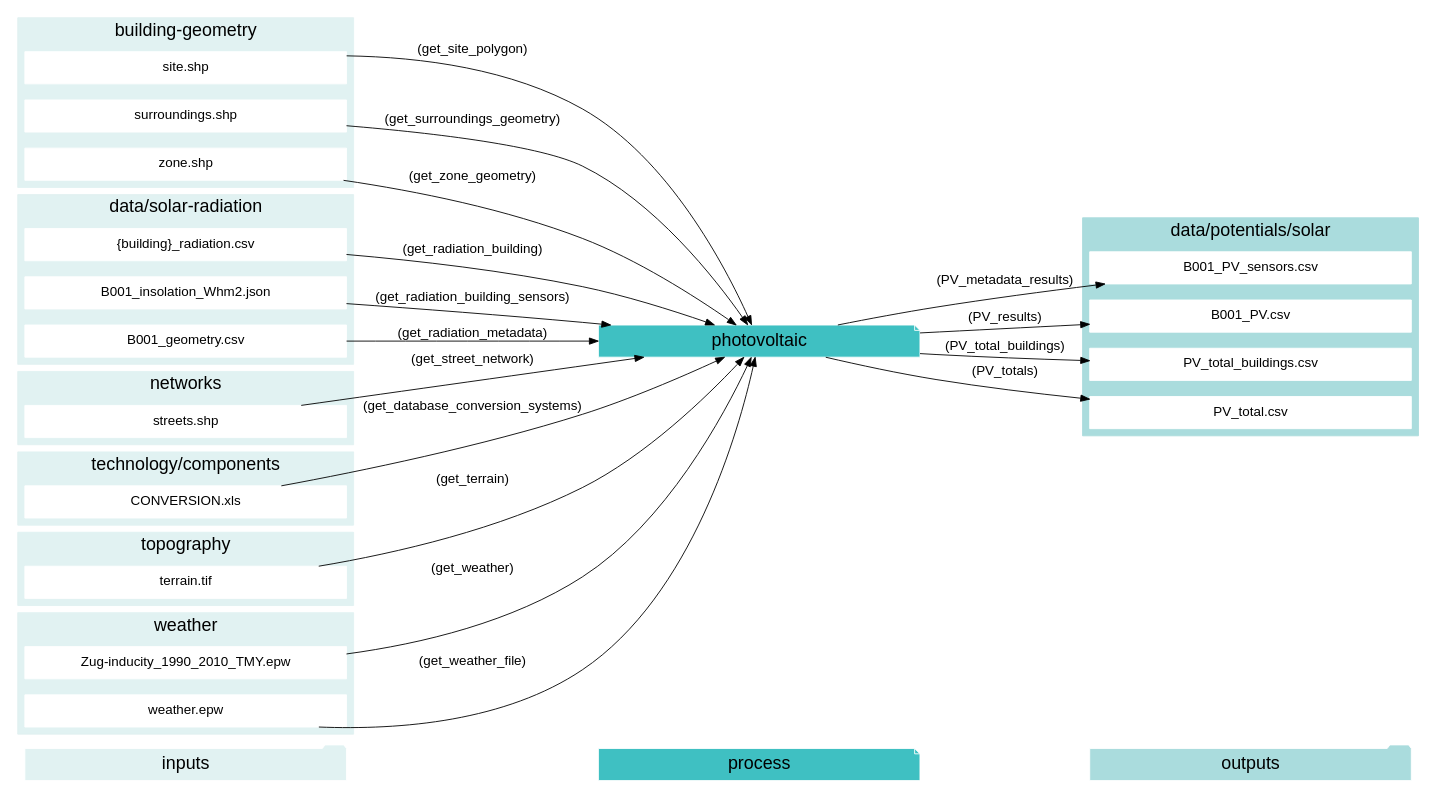
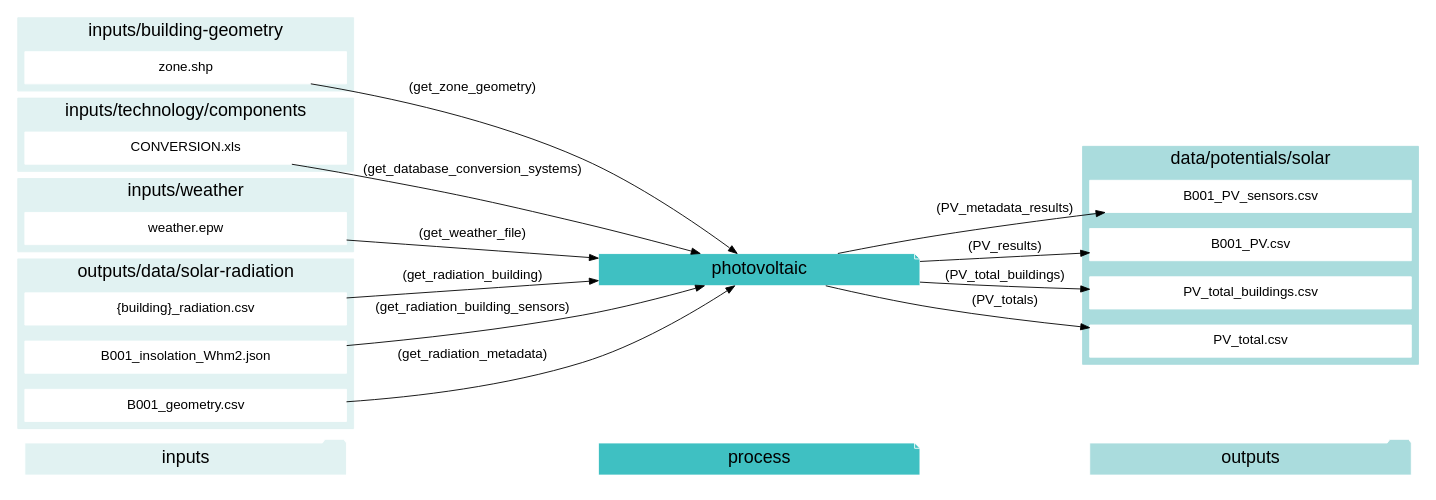
The second of 23 diagrams in docs/script-data-flow.rst (architecture-building-systems/CityEnergyAnalyst), drawn with Graphviz before and after one commit. The commit also changed other lines of this file and 25 other files, not shown here.

Commit message:
cleaning up cea-doc graphviz

```diff
--- a/docs/script-data-flow.rst
+++ b/docs/script-data-flow.rst
@@ -93,6 +53,6 @@
 .. graphviz::
 
-    digraph trace_inputlocator {
+    digraph photovoltaic {
     rankdir="LR";
     graph [overlap=false, fontname=arial];
     node [shape=box, style=filled, color=white, fontsize=15, fontname=arial, fixedsize=true, width=5];
@@ -108,17 +68,7 @@
     "process"->"outputs"[style=invis]
     }
     "photovoltaic"[style=filled, color=white, fillcolor="#3FC0C2", shape=note, fontsize=20, fontname=arial];
-    subgraph cluster_0_in {
-        style = filled;
-        color = "#E1F2F2";
-        fontsize = 20;
-        rank=same;
-        label="building-geometry";
-        "site.shp"
-        "surroundings.shp"
-        "zone.shp"
-    }
-    subgraph cluster_1_out {
+    subgraph cluster_0_out {
         style = filled;
         color = "#aadcdd";
         fontsize = 20;
@@ -129,58 +79,44 @@
         "PV_total_buildings.csv"
         "PV_total.csv"
     }
+    subgraph cluster_1_in {
+        style = filled;
+        color = "#E1F2F2";
+        fontsize = 20;
+        rank=same;
+        label="inputs/building-geometry";
+        "zone.shp"
+    }
     subgraph cluster_2_in {
         style = filled;
         color = "#E1F2F2";
         fontsize = 20;
         rank=same;
-        label="data/solar-radiation";
-        "{building}_radiation.csv"
-        "B001_insolation_Whm2.json"
-        "B001_geometry.csv"
+        label="inputs/technology/components";
+        "CONVERSION.xls"
     }
     subgraph cluster_3_in {
         style = filled;
         color = "#E1F2F2";
         fontsize = 20;
         rank=same;
-        label="networks";
-        "streets.shp"
+        label="inputs/weather";
+        "weather.epw"
     }
     subgraph cluster_4_in {
         style = filled;
         color = "#E1F2F2";
         fontsize = 20;
         rank=same;
-        label="technology/components";
-        "CONVERSION.xls"
-    }
-    subgraph cluster_5_in {
-        style = filled;
-        color = "#E1F2F2";
-        fontsize = 20;
-        rank=same;
-        label="topography";
-        "terrain.tif"
-    }
-    subgraph cluster_6_in {
-        style = filled;
-        color = "#E1F2F2";
-        fontsize = 20;
-        rank=same;
-        label="weather";
-        "Zug-inducity_1990_2010_TMY.epw"
-        "weather.epw"
+        label="outputs/data/solar-radiation";
+        "{building}_radiation.csv"
+        "B001_insolation_Whm2.json"
+        "B001_geometry.csv"
     }
     "CONVERSION.xls" -> "photovoltaic"[label="(get_database_conversion_systems)"]
     "{building}_radiation.csv" -> "photovoltaic"[label="(get_radiation_building)"]
     "B001_insolation_Whm2.json" -> "photovoltaic"[label="(get_radiation_building_sensors)"]
     "B001_geometry.csv" -> "photovoltaic"[label="(get_radiation_metadata)"]
-    "site.shp" -> "photovoltaic"[label="(get_site_polygon)"]
-    "streets.shp" -> "photovoltaic"[label="(get_street_network)"]
-    "surroundings.shp" -> "photovoltaic"[label="(get_surroundings_geometry)"]
-    "terrain.tif" -> "photovoltaic"[label="(get_terrain)"]
-    "Zug-inducity_1990_2010_TMY.epw" -> "photovoltaic"[label="(get_weather)"]
     "weather.epw" -> "photovoltaic"[label="(get_weather_file)"]
     "zone.shp" -> "photovoltaic"[label="(get_zone_geometry)"]
     "photovoltaic" -> "B001_PV_sensors.csv"[label="(PV_metadata_results)"]
```
